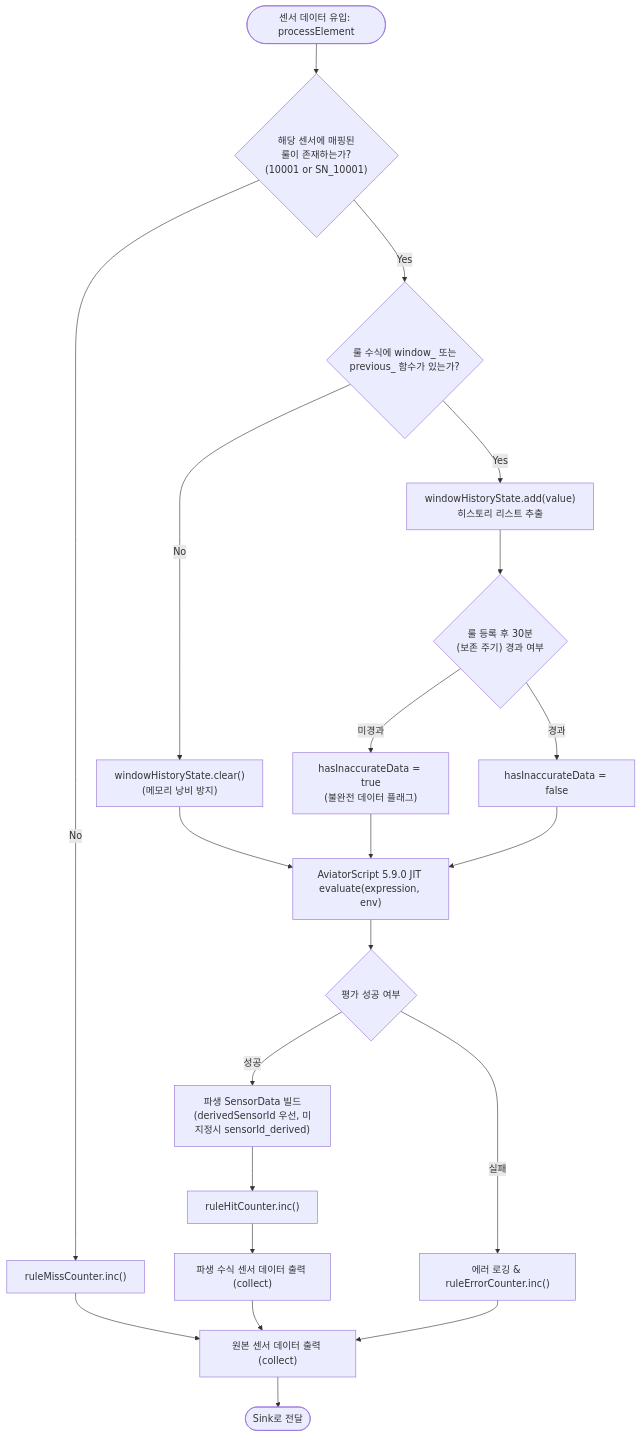
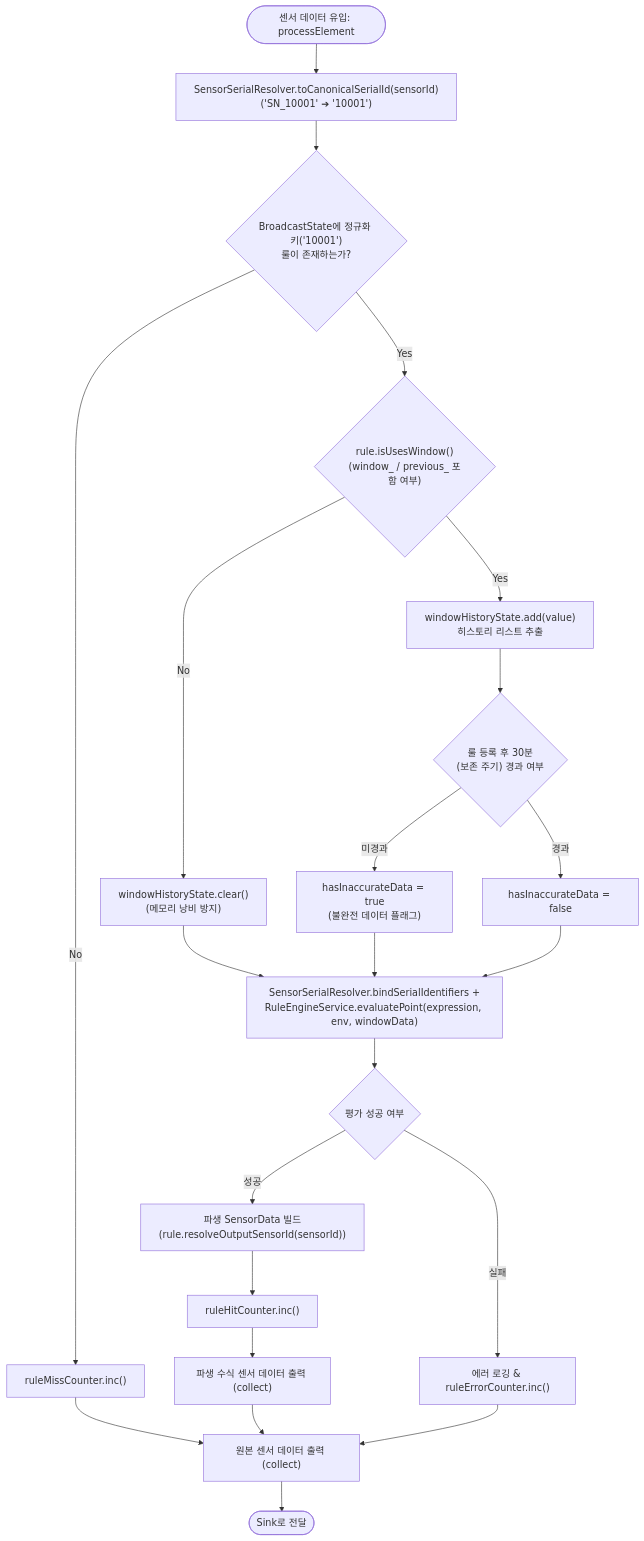
The second of 2 diagrams in docs/STREAMING_EVALUATOR_GUIDE.md (imoil/formula-evaluator-service), drawn with Mermaid before and after one commit. The commit also changed other lines of this file and 13 other files, not shown here.

````diff
--- a/docs/STREAMING_EVALUATOR_GUIDE.md
+++ b/docs/STREAMING_EVALUATOR_GUIDE.md
@@ -97,31 +97,32 @@
 ```mermaid
 flowchart TD
-    Start(["센서 데이터 유입: processElement"]) --> CheckRule{"해당 센서에 매핑된<br/>룰이 존재하는가?<br/>(10001 or SN_10001)"}
+    Start(["센서 데이터 유입: processElement"]) --> Canonicalize["SensorSerialResolver.toCanonicalSerialId(sensorId)<br/>('SN_10001' ➔ '10001')"]
+    Canonicalize --> CheckRule{"BroadcastState에 정규화 키('10001')<br/>룰이 존재하는가?"}
     
     CheckRule -->|No| IncMiss["ruleMissCounter.inc()"] --> EmitRaw["원본 센서 데이터 출력 (collect)"]
     
-    CheckRule -->|Yes| CheckWindow{"룰 수식에 window_ 또는<br/>previous_ 함수가 있는가?"}
+    CheckRule -->|Yes| CheckWindow{"rule.isUsesWindow()<br/>(window_ / previous_ 포함 여부)"}
     
     CheckWindow -->|Yes| UpdateHistory["windowHistoryState.add(value)<br/>히스토리 리스트 추출"]
     CheckWindow -->|No| ClearHistory["windowHistoryState.clear()<br/>(메모리 낭비 방지)"]
     
     UpdateHistory --> CheckTTL{"룰 등록 후 30분<br/>(보존 주기) 경과 여부"}
     CheckTTL -->|미경과| MarkInaccurate["hasInaccurateData = true<br/>(불완전 데이터 플래그)"]
     CheckTTL -->|경과| MarkAccurate["hasInaccurateData = false"]
     
     ClearHistory --> EvalStep
     MarkInaccurate --> EvalStep
     MarkAccurate --> EvalStep
     
-    EvalStep["AviatorScript 5.9.0 JIT evaluate(expression, env)"] --> CheckEval{"평가 성공 여부"}
+    EvalStep["SensorSerialResolver.bindSerialIdentifiers +<br/>RuleEngineService.evaluatePoint(expression, env, windowData)"] --> CheckEval{"평가 성공 여부"}
     
-    CheckEval -->|성공| MakeDerived["파생 SensorData 빌드<br/>(derivedSensorId 우선, 미지정시 sensorId_derived)"]
+    CheckEval -->|성공| MakeDerived["파생 SensorData 빌드<br/>(rule.resolveOutputSensorId(sensorId))"]
     MakeDerived --> IncHit["ruleHitCounter.inc()"]
     IncHit --> EmitDerived["파생 수식 센서 데이터 출력 (collect)"]
     
     CheckEval -->|실패| LogErr["에러 로깅 & ruleErrorCounter.inc()"]
     
     EmitDerived --> EmitRaw
     LogErr --> EmitRaw
     EmitRaw --> End([Sink로 전달])
 ```
````
